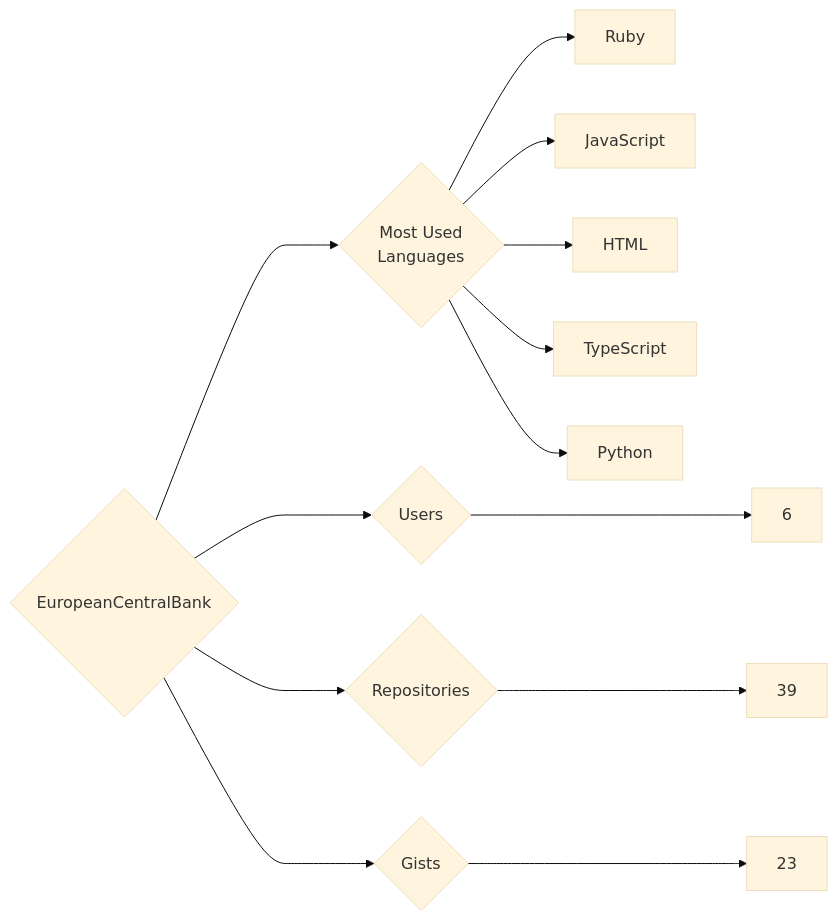
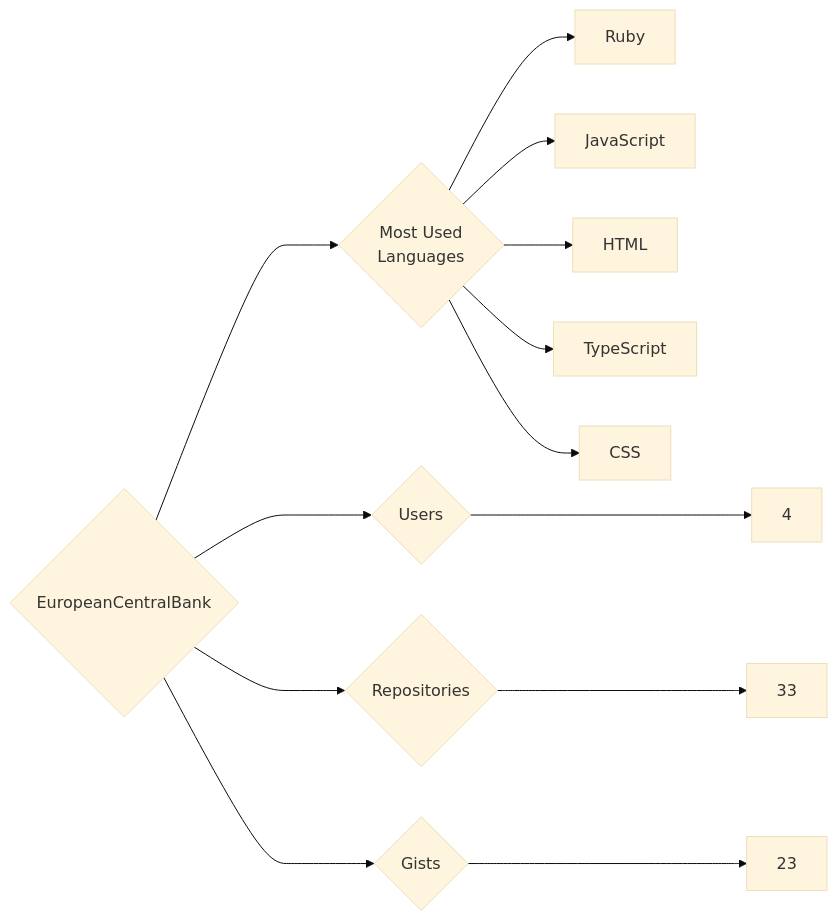
The diagram in targets/EuropeanCentralBank/README.md (trickest/insiders), drawn with Mermaid (base theme) before and after one commit. The commit also changed 1088 other files, not shown here.

````diff
--- a/targets/EuropeanCentralBank/README.md
+++ b/targets/EuropeanCentralBank/README.md
@@ -3,13 +3,13 @@
 ```mermaid
 graph LR
 COMPANY_NAME{EuropeanCentralBank}
-COMPANY_NAME ---> U{Users} ---> UN[6]
-COMPANY_NAME ---> R{Repositories} ---> RN[39]
+COMPANY_NAME ---> U{Users} ---> UN[4]
+COMPANY_NAME ---> R{Repositories} ---> RN[33]
 COMPANY_NAME ---> G{Gists} ---> GN[23]
 COMPANY_NAME ---> ML{Most Used<br>Languages}
 ML --> Ruby[Ruby]
 ML --> JavaScript[JavaScript]
 ML --> HTML[HTML]
 ML --> TypeScript[TypeScript]
-ML --> Python[Python]
+ML --> CSS[CSS]
 ```
````
